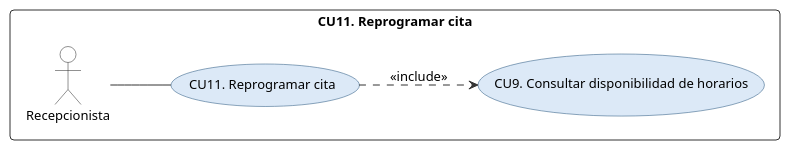
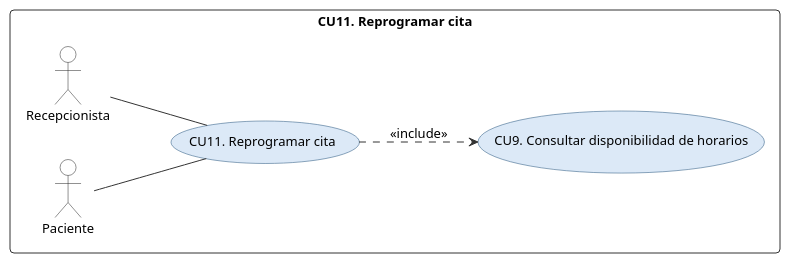
The diagram in docs/uml/plantuml/cu_cu11.puml (ronaldflores2004/VidaSalud), drawn with PlantUML before and after one commit. The commit also changed 7 other files, not shown here.

First line of the commit message:
Documento: diagramas actualizados con la política de citas RN17–RN20

```diff
--- a/docs/uml/plantuml/cu_cu11.puml
+++ b/docs/uml/plantuml/cu_cu11.puml
@@ -1,43 +1,45 @@
 @startuml
 
 set separator none
 skinparam backgroundColor white
 skinparam defaultFontName Arial
 skinparam defaultFontSize 13
 skinparam shadowing false
 skinparam ArrowColor #333333
 skinparam ActorBorderColor #222222
 skinparam ActorBackgroundColor #FFFFFF
 skinparam UsecaseBorderColor #1F4E79
 skinparam UsecaseBackgroundColor #DCE9F7
 skinparam PackageBorderColor #333333
 skinparam PackageBackgroundColor #FFFFFF
 skinparam ClassBorderColor #333333
 skinparam ClassBackgroundColor #FFFFFF
 skinparam ClassHeaderBackgroundColor #DCE9F7
 skinparam NoteBackgroundColor #FFF8DC
 skinparam RectangleBorderColor #333333
 skinparam NodeBorderColor #1F4E79
 skinparam NodeBackgroundColor #F3F8FD
 skinparam ArtifactBackgroundColor #FFFFFF
 skinparam DatabaseBackgroundColor #DCE9F7
 skinparam SequenceLifeLineBorderColor #888888
 skinparam SequenceParticipantBackgroundColor #DCE9F7
 skinparam SequenceParticipantBorderColor #1F4E79
 skinparam ParticipantPadding 12
 skinparam BoundaryBackgroundColor #DCE9F7
 skinparam ControlBackgroundColor #DCE9F7
 skinparam EntityBackgroundColor #DCE9F7
 skinparam BoundaryBorderColor #1F4E79
 skinparam ControlBorderColor #1F4E79
 skinparam EntityBorderColor #1F4E79
 skinparam roundcorner 8
 left to right direction
 rectangle "CU11. Reprogramar cita" {
 actor "Recepcionista" as REC
+actor "Paciente" as PAC
 usecase "CU11. Reprogramar cita" as U
 REC -- U
+PAC -- U
 usecase "CU9. Consultar disponibilidad de horarios" as I1
 U ..> I1 : <<include>>
 }
 @enduml
```
